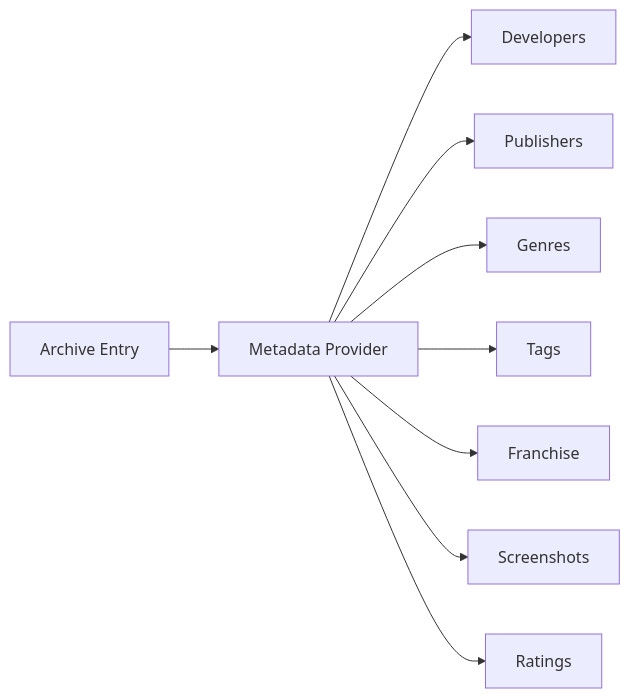
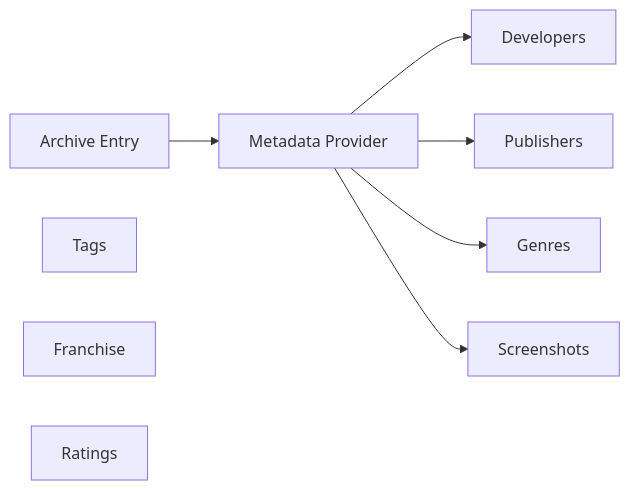
Diagram 25 of 30 in docs/architecture/Data-Model.md (InvictusRex/Ludexis), drawn with Mermaid before and after one commit. The commit also changed other lines of this file and 7 other files, not shown here.

Commit message:
docs(architecture): align architecture docs, API guide, README and backlogs with the implementation

````diff
--- a/docs/architecture/Data-Model.md
+++ b/docs/architecture/Data-Model.md
@@ -1522,37 +1516,31 @@
 ```mermaid
 flowchart LR
 
     Archive["Archive Entry"]
 
     Provider["Metadata Provider"]
 
     Developers["Developers"]
 
     Publishers["Publishers"]
 
     Genres["Genres"]
 
     Tags["Tags"]
 
     Franchise["Franchise"]
 
     Screenshots["Screenshots"]
 
     Ratings["Ratings"]
 
     Archive --> Provider
 
     Provider --> Developers
 
     Provider --> Publishers
 
     Provider --> Genres
 
-    Provider --> Tags
-
-    Provider --> Franchise
-
     Provider --> Screenshots
-
-    Provider --> Ratings
 ```
````
